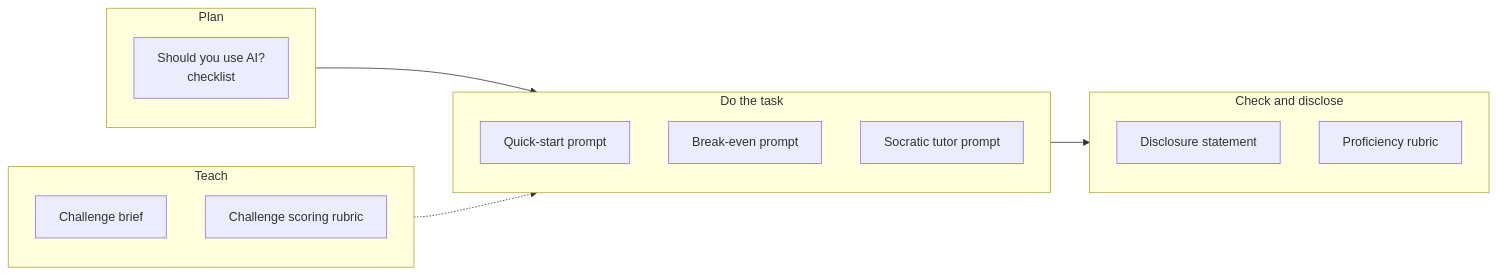
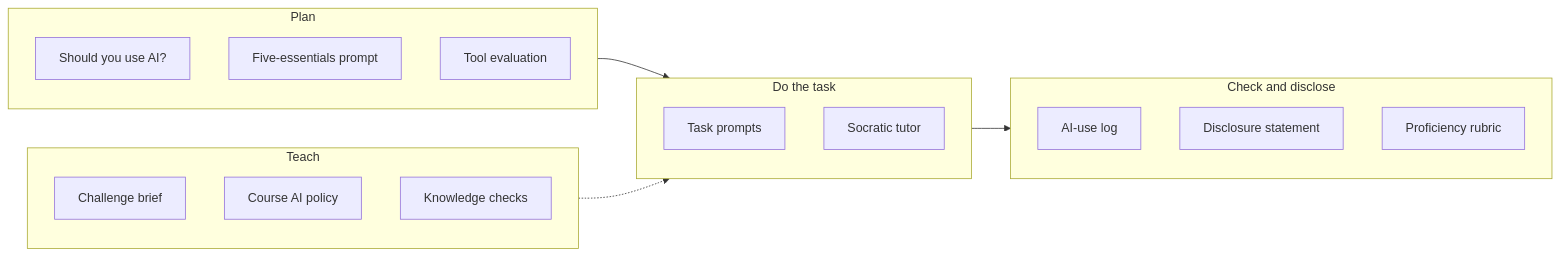
Before and after one commit to clarkngo/applied-ai-field-guide: the diagram in docs/templates/index.md, drawn with Mermaid. The commit also changed other lines of this file and 4 other files, not shown here.

````diff
--- a/docs/templates/index.md
+++ b/docs/templates/index.md
@@ -12,21 +12,24 @@
 ```mermaid
 flowchart LR
   subgraph Plan["Plan"]
-    T1["Should you use AI?<br/>checklist"]
+    T1["Should you use AI?"]
+    T2["Five-essentials prompt"]
+    T3["Tool evaluation"]
   end
   subgraph Do["Do the task"]
-    T2["Quick-start prompt"]
-    T3["Break-even prompt"]
-    T4["Socratic tutor prompt"]
+    T4["Task prompts"]
+    T5["Socratic tutor"]
   end
   subgraph Check["Check and disclose"]
-    T5["Disclosure statement"]
-    T6["Proficiency rubric"]
+    T6["AI-use log"]
+    T7["Disclosure statement"]
+    T8["Proficiency rubric"]
   end
   subgraph Teach["Teach"]
-    T7["Challenge brief"]
-    T8["Challenge scoring rubric"]
+    T9["Challenge brief"]
+    T10["Course AI policy"]
+    T11["Knowledge checks"]
   end
   Plan --> Do --> Check
   Teach -.-> Do
 ```
````
